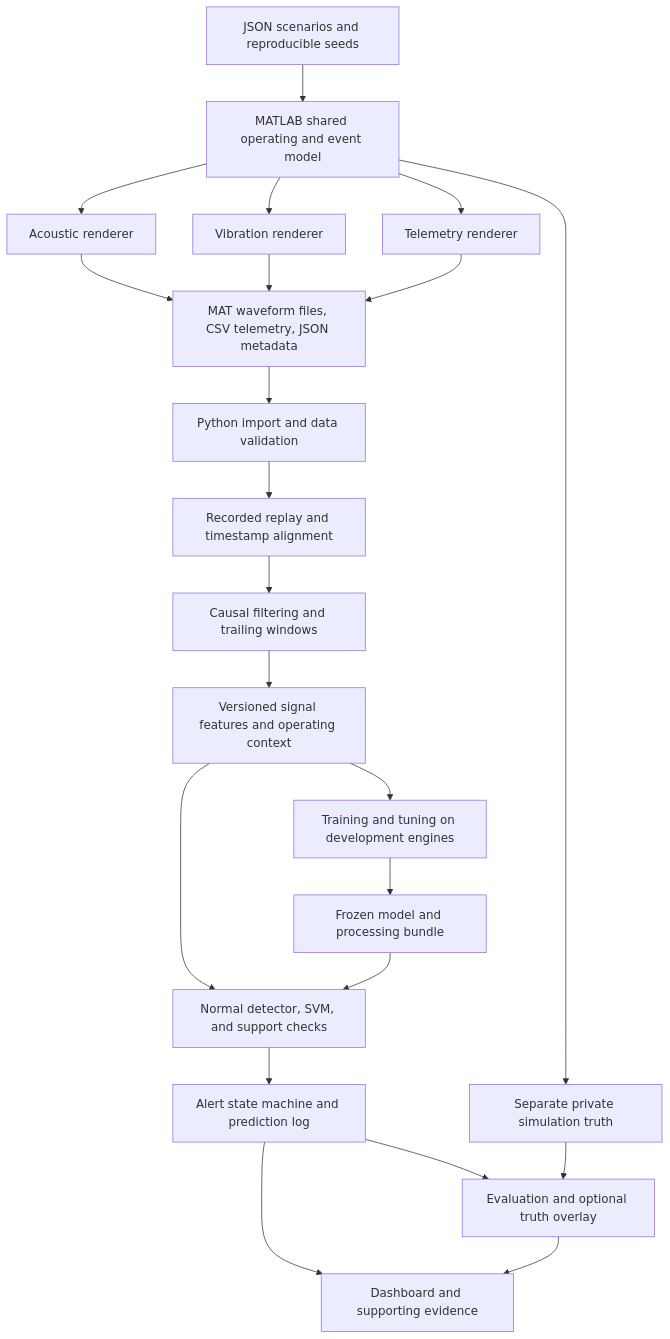
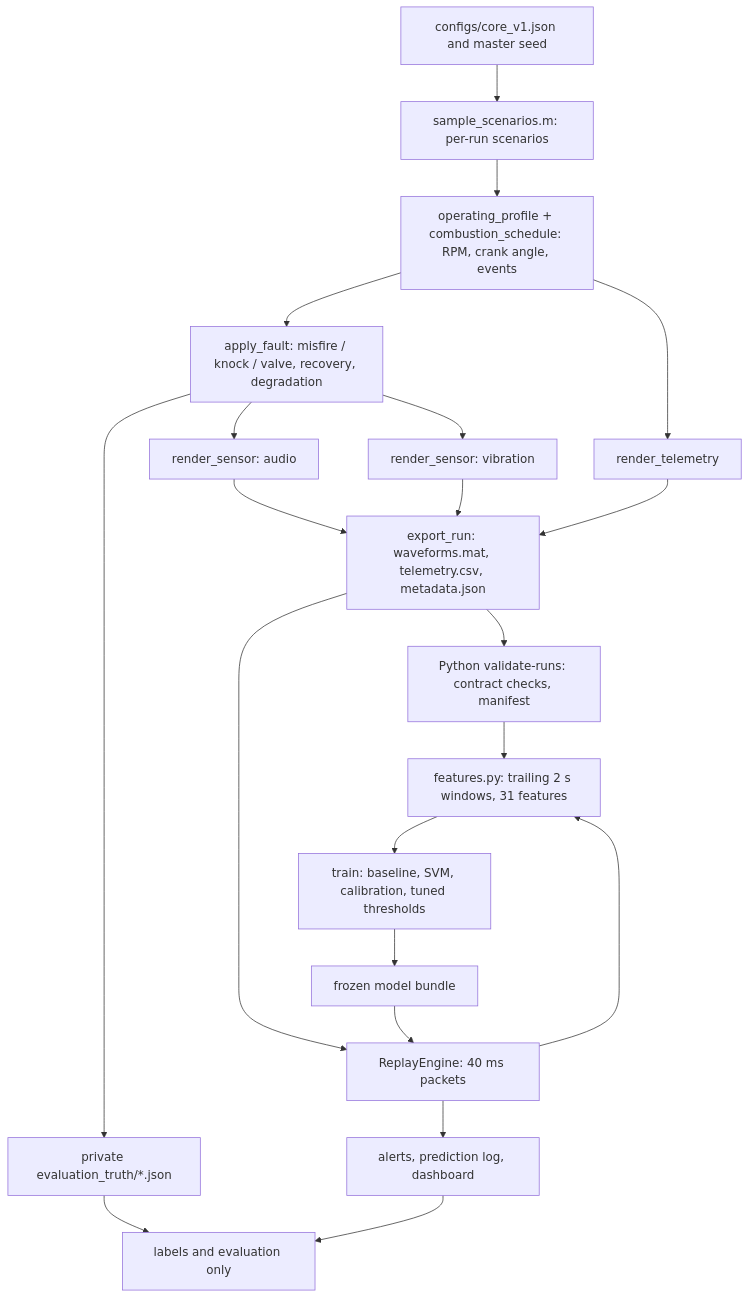
The diagram in PROJECT_REPORT.md (mrinesh/IBMorphin--HackHive), drawn with Mermaid before and after one commit. The commit also changed other lines of this file and 5 other files, not shown here.

````diff
--- a/PROJECT_REPORT.md
+++ b/PROJECT_REPORT.md
@@ -183,24 +84,21 @@
 ```mermaid
 flowchart TD
-    A[JSON scenarios and reproducible seeds] --> B[MATLAB shared operating and event model]
-    B --> C[Acoustic renderer]
-    B --> D[Vibration renderer]
-    B --> E[Telemetry renderer]
-    C --> F[MAT waveform files, CSV telemetry, JSON metadata]
-    D --> F
-    E --> F
-    F --> G[Python import and data validation]
-    G --> H[Recorded replay and timestamp alignment]
-    H --> I[Causal filtering and trailing windows]
-    I --> J[Versioned signal features and operating context]
-    J --> K[Normal detector, SVM, and support checks]
-    K --> L[Alert state machine and prediction log]
-    L --> M[Dashboard and supporting evidence]
-    J --> N[Training and tuning on development engines]
-    N --> O[Frozen model and processing bundle]
-    O --> K
-    B --> P[Separate private simulation truth]
-    P --> Q[Evaluation and optional truth overlay]
-    L --> Q
-    Q --> M
+    A[configs/core_v1.json and master seed] --> B[sample_scenarios.m: per-run scenarios]
+    B --> C[operating_profile + combustion_schedule: RPM, crank angle, events]
+    C --> D[apply_fault: misfire / knock / valve, recovery, degradation]
+    D --> E[render_sensor: audio]
+    D --> F[render_sensor: vibration]
+    C --> G[render_telemetry]
+    E & F & G --> H[export_run: waveforms.mat, telemetry.csv, metadata.json]
+    D --> T[private evaluation_truth/*.json]
+    H --> I[Python validate-runs: contract checks, manifest]
+    I --> J[features.py: trailing 2 s windows, 31 features]
+    J --> K[train: baseline, SVM, calibration, tuned thresholds]
+    K --> L[frozen model bundle]
+    H --> R[ReplayEngine: 40 ms packets]
+    R --> J
+    L --> R
+    R --> S[alerts, prediction log, dashboard]
+    T --> V[labels and evaluation only]
+    S --> V
 ```
````
